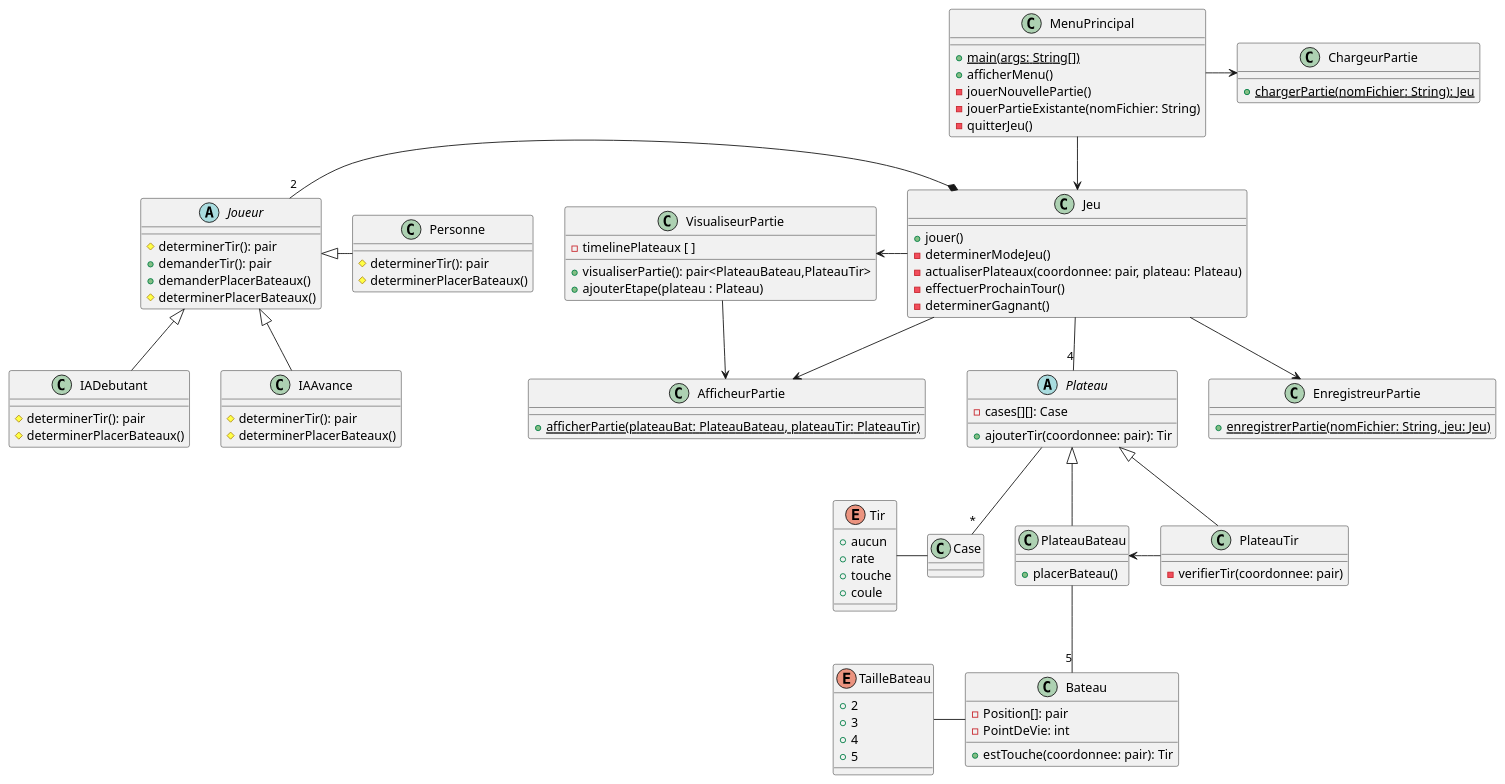
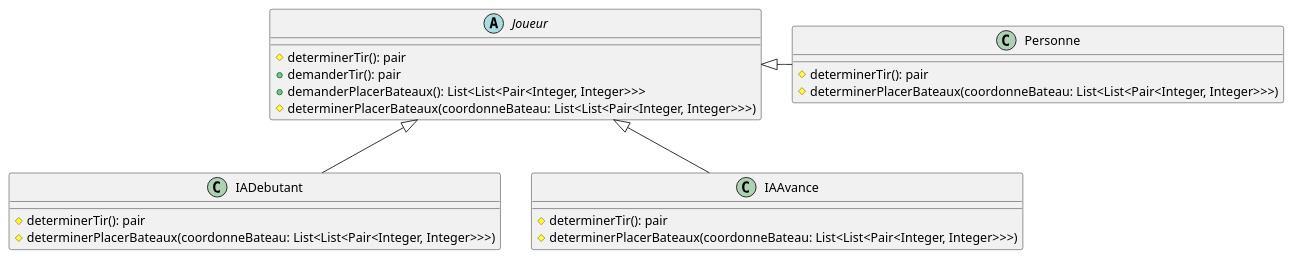
One commit to Patroklos99/5153_TP2-Battleship-AI-Pattern-Conception_Engineering2 changed the diagram in diagrammes_conception/diagrammes_patrons/classes_template_method.puml. Above: the diagram before and after it, drawn with PlantUML.

Commit message:
modif du diagramme de template method

```diff
--- a/diagrammes_conception/diagrammes_patrons/classes_template_method.puml
+++ b/diagrammes_conception/diagrammes_patrons/classes_template_method.puml
@@ -1,113 +1,37 @@
 @startuml
-abstract class Plateau{
-    - cases[][]: Case
-    + ajouterTir(coordonnee: pair): Tir
-}
+
 
 abstract class Joueur{
     # determinerTir(): pair
     + demanderTir(): pair
-    + demanderPlacerBateaux()
-    # determinerPlacerBateaux()
+    + demanderPlacerBateaux(): List<List<Pair<Integer, Integer>>>
+    # determinerPlacerBateaux(coordonneBateau: List<List<Pair<Integer, Integer>>>)
 }
 
-class MenuPrincipal{
-    + {static} main(args: String[])
-    + afficherMenu()
-    - jouerNouvellePartie()
-    - jouerPartieExistante(nomFichier: String)
-    - quitterJeu()
-}
 
-class Jeu {
-    + jouer()
-    - determinerModeJeu()
-    - actualiserPlateaux(coordonnee: pair, plateau: Plateau)
-    - effectuerProchainTour()
-    - determinerGagnant()
-}
 
-class PlateauBateau {
-    + placerBateau()
-}
 
-class PlateauTir {
-    - verifierTir(coordonnee: pair)
-}
-
-class Bateau {
-    - Position[]: pair
-    - PointDeVie: int
-    + estTouche(coordonnee: pair): Tir
-}
-
-enum TailleBateau {
-    + 2
-    + 3
-    + 4
-    + 5
-}
-
-class Case {
-}
-
-enum Tir {
-    + aucun
-    + rate
-    + touche
-    + coule
-}
 
 class IADebutant {
     # determinerTir(): pair
-    # determinerPlacerBateaux()
+    # determinerPlacerBateaux(coordonneBateau: List<List<Pair<Integer, Integer>>>)
 }
 
 class IAAvance{
     # determinerTir(): pair
-    # determinerPlacerBateaux()
+    # determinerPlacerBateaux(coordonneBateau: List<List<Pair<Integer, Integer>>>)
 }
 
-class ChargeurPartie {
-    + {static} chargerPartie(nomFichier: String): Jeu
-}
-
-class VisualiseurPartie {
-    - timelinePlateaux [ ]
-    + visualiserPartie(): pair<PlateauBateau,PlateauTir>
-    + ajouterEtape(plateau : Plateau)
-}
-
-class AfficheurPartie {
-    + {static} afficherPartie(plateauBat: PlateauBateau, plateauTir: PlateauTir)
-}
-
-class EnregistreurPartie {
-    + {static} enregistrerPartie(nomFichier: String, jeu: Jeu)
-}
 
 class Personne {
     # determinerTir(): pair
-    # determinerPlacerBateaux()
+    # determinerPlacerBateaux(coordonneBateau: List<List<Pair<Integer, Integer>>>)
 }
 
 
-PlateauBateau -- "5" Bateau
-Bateau -left- TailleBateau
-Plateau <|-- PlateauBateau
-Plateau <|-- PlateauTir
-Jeu -left-> VisualiseurPartie
-Jeu --> EnregistreurPartie
-Jeu --> AfficheurPartie
-MenuPrincipal -> ChargeurPartie
-MenuPrincipal --> Jeu
-Jeu-- "4" Plateau
-Plateau -- "*" Case
-Case -left- Tir
+
 Joueur <|- Personne
 Joueur <|-down- IADebutant
 Joueur <|-down- IAAvance
-Jeu *-left-- "2" Joueur
-PlateauBateau <- PlateauTir
-VisualiseurPartie --> AfficheurPartie
+
 @enduml
```
